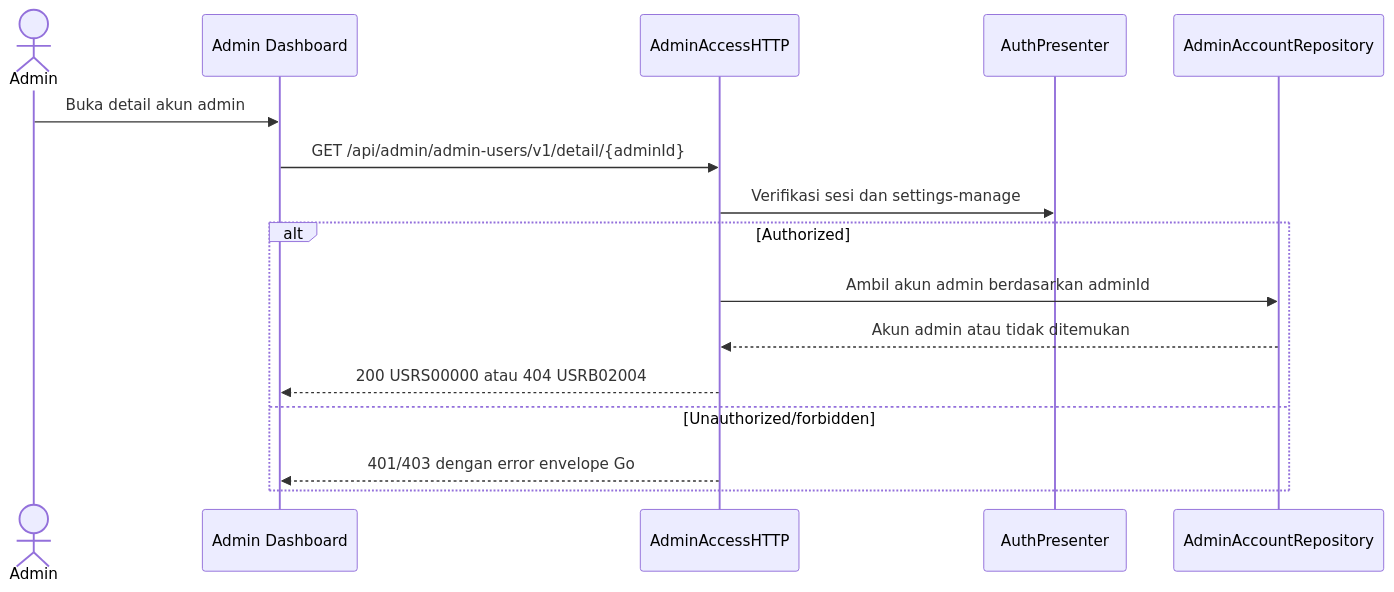
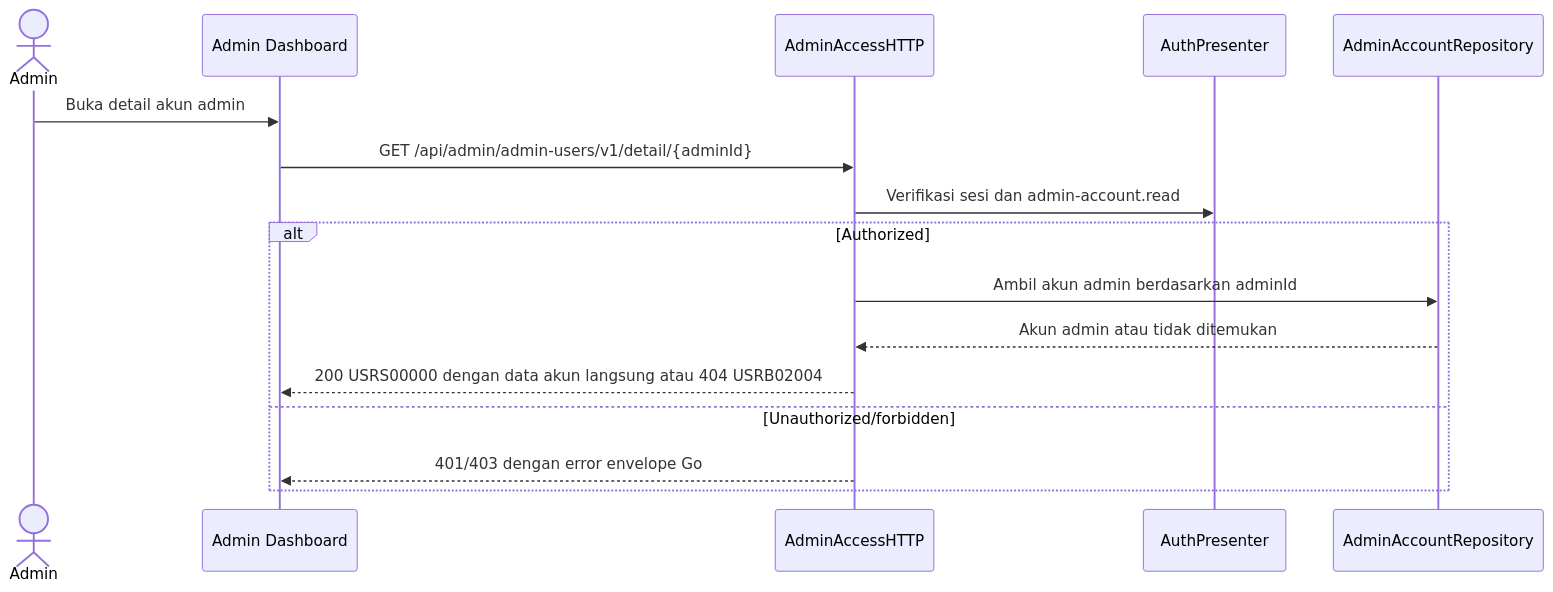
One commit to fatihmuhamadridho/docs-game-service-platform changed the diagram in sprint-1/solutioning/dashboard/admin-accounts/get-admin-account-detail.md. Above: the diagram before and after it, drawn with Mermaid. The commit also changed other lines of this file and 32 other files, not shown here.

````diff
--- a/sprint-1/solutioning/dashboard/admin-accounts/get-admin-account-detail.md
+++ b/sprint-1/solutioning/dashboard/admin-accounts/get-admin-account-detail.md
@@ -16,18 +16,18 @@
 ```mermaid
 sequenceDiagram
     actor Admin
     participant UI as Admin Dashboard
     participant API as AdminAccessHTTP
     participant Auth as AuthPresenter
     participant Repo as AdminAccountRepository
     Admin->>UI: Buka detail akun admin
     UI->>API: GET /api/admin/admin-users/v1/detail/{adminId}
-    API->>Auth: Verifikasi sesi dan settings-manage
+    API->>Auth: Verifikasi sesi dan admin-account.read
     alt Authorized
         API->>Repo: Ambil akun admin berdasarkan adminId
         Repo-->>API: Akun admin atau tidak ditemukan
-        API-->>UI: 200 USRS00000 atau 404 USRB02004
+        API-->>UI: 200 USRS00000 dengan data akun langsung atau 404 USRB02004
     else Unauthorized/forbidden
         API-->>UI: 401/403 dengan error envelope Go
     end
 ```
````
